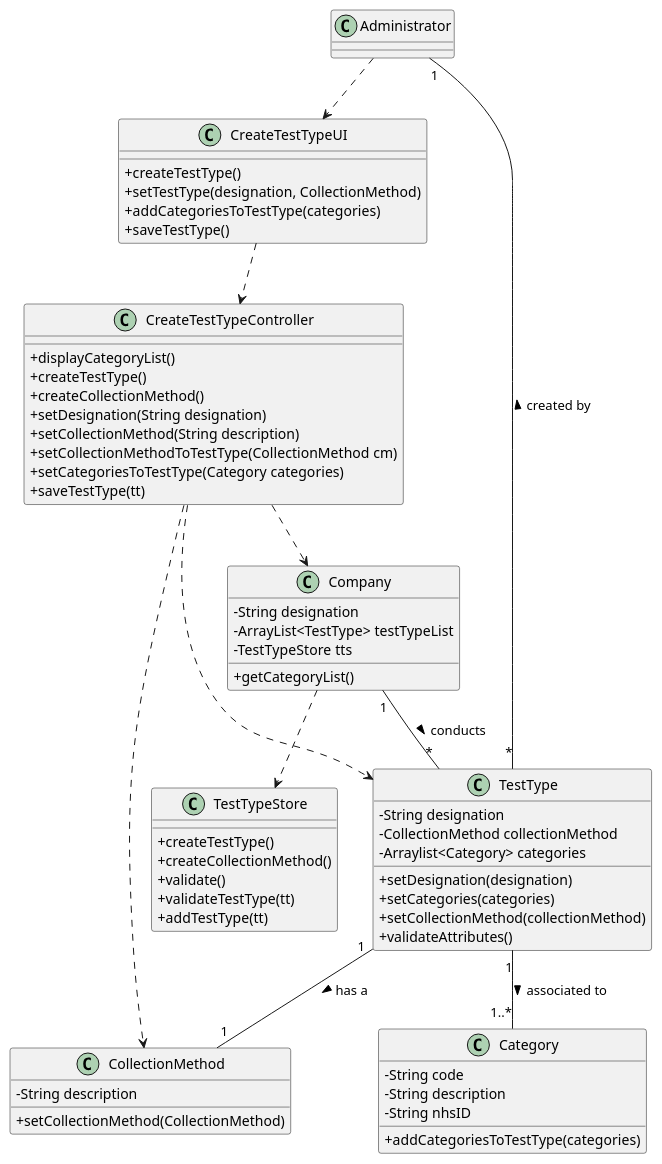
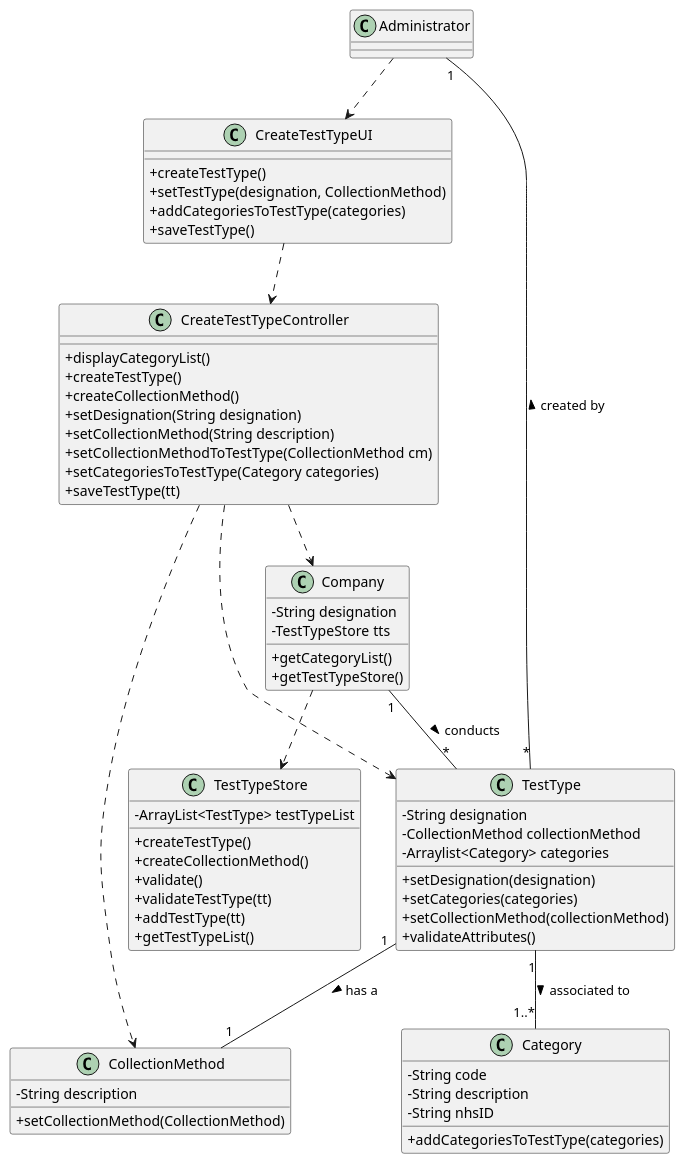
One commit to MadDinosaur/ISEP-LAPR2 changed the diagram in docs/SprintB/US9/US9_CD.puml. Above: the diagram before and after it, drawn with PlantUML. The commit also changed 4 other files, not shown here.

Commit message:
Adapted all of my work to fit in the TestTypeStore in order to achieve high cohesion and low coupling.

```diff
--- a/docs/SprintB/US9/US9_CD.puml
+++ b/docs/SprintB/US9/US9_CD.puml
@@ -1,67 +1,69 @@
 @startuml
 
 skinparam classAttributeIconSize 0
 
 class Administrator
 class CreateTestTypeUI {
 +createTestType()
 +setTestType(designation, CollectionMethod)
 +addCategoriesToTestType(categories)
 +saveTestType()
 }
 class CreateTestTypeController {
 +displayCategoryList()
 +createTestType()
 +createCollectionMethod()
 +setDesignation(String designation)
 +setCollectionMethod(String description)
 +setCollectionMethodToTestType(CollectionMethod cm)
 +setCategoriesToTestType(Category categories)
 +saveTestType(tt)
 }
 class CollectionMethod {
 -String description
 +setCollectionMethod(CollectionMethod)
 }
 class TestType {
 -String designation
 -CollectionMethod collectionMethod
 -Arraylist<Category> categories
 +setDesignation(designation)
 +setCategories(categories)
 +setCollectionMethod(collectionMethod)
 +validateAttributes()
 }
 class Category {
 -String code
 -String description
 -String nhsID
 +addCategoriesToTestType(categories)
 }
 class Company {
 -String designation
--ArrayList<TestType> testTypeList
 -TestTypeStore tts
 +getCategoryList()
++getTestTypeStore()
 }
 
 class TestTypeStore {
+-ArrayList<TestType> testTypeList
 +createTestType()
 +createCollectionMethod()
 +validate()
 +validateTestType(tt)
 +addTestType(tt)
++getTestTypeList()
 }
 
 Administrator ..> CreateTestTypeUI
 CreateTestTypeUI ..> CreateTestTypeController
 TestType "*"-up-"1" Administrator : created by >
 Category "1..*"-up-"1" TestType  : associated to <
 TestType "1"--"1" CollectionMethod : has a  >
 Company "1"-down-"*" TestType : conducts >
 CreateTestTypeController ..> Company
 CreateTestTypeController ..> TestType
 CreateTestTypeController ..> CollectionMethod
 Company ..> TestTypeStore
 
 @enduml
```
